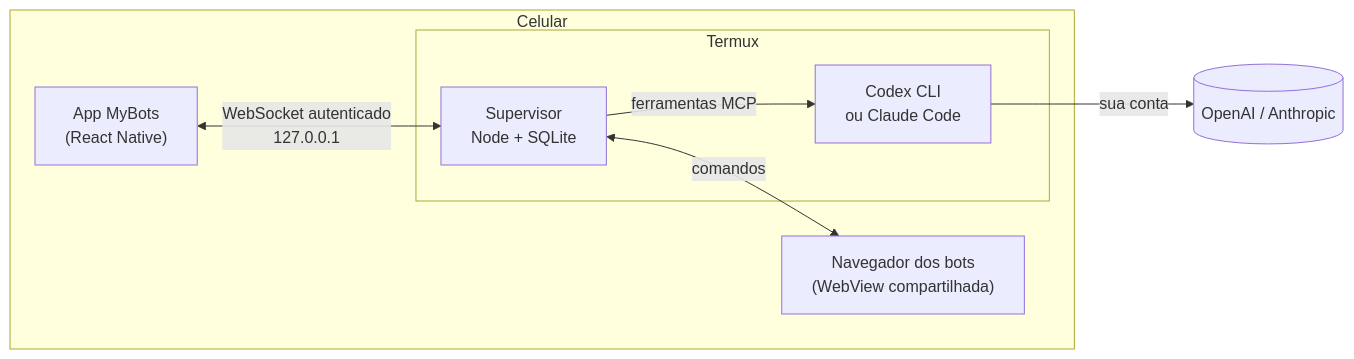
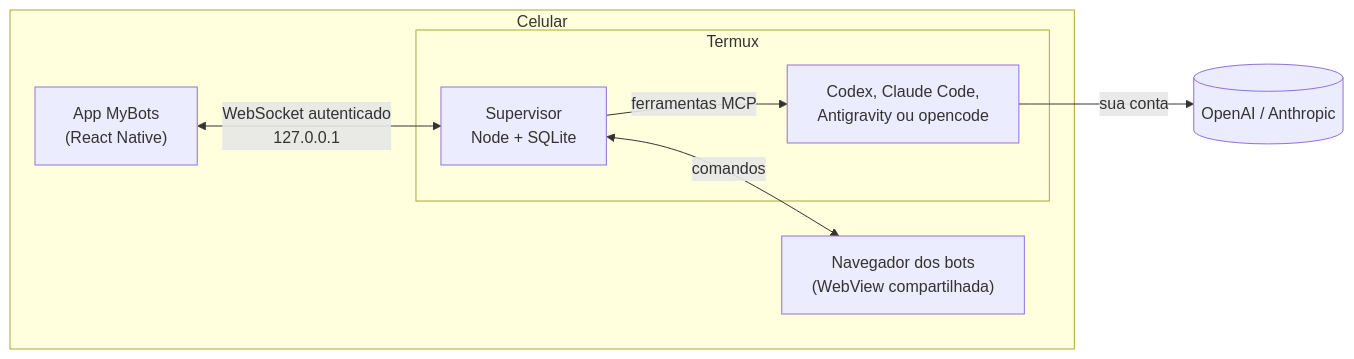
Before and after one commit to AugustodoBRT/Mybots: the diagram in README.md, drawn with Mermaid. The commit also changed other lines of this file and 15 other files, not shown here.

Commit message:
Versão 0.48.1 (versionCode 105): Antigravity e opencode no Termux (wrappers pelo proot Debian, opencode com MCP remoto)

````diff
--- a/README.md
+++ b/README.md
@@ -57,15 +57,15 @@
 ```mermaid
 flowchart LR
   subgraph Celular
     App["App MyBots<br/>(React Native)"]
     subgraph Termux
       Sup["Supervisor<br/>Node + SQLite"]
-      AI["Codex CLI<br/>ou Claude Code"]
+      AI["Codex, Claude Code,<br/>Antigravity ou opencode"]
     end
     Web["Navegador dos bots<br/>(WebView compartilhada)"]
   end
   App <-- "WebSocket autenticado<br/>127.0.0.1" --> Sup
   Sup -- "ferramentas MCP" --> AI
   Sup <-- "comandos" --> Web
   AI -- "sua conta" --> Nuvem[(OpenAI / Anthropic)]
 ```
````
